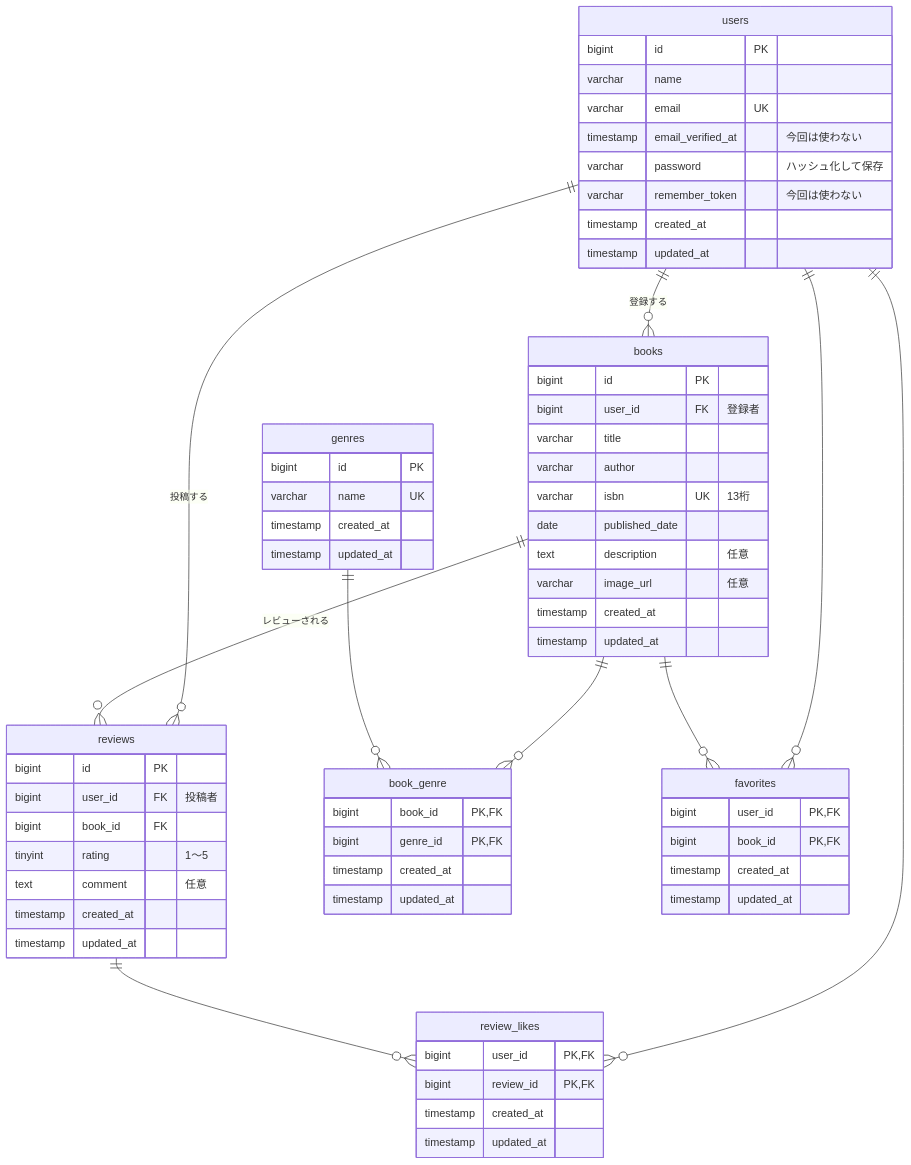
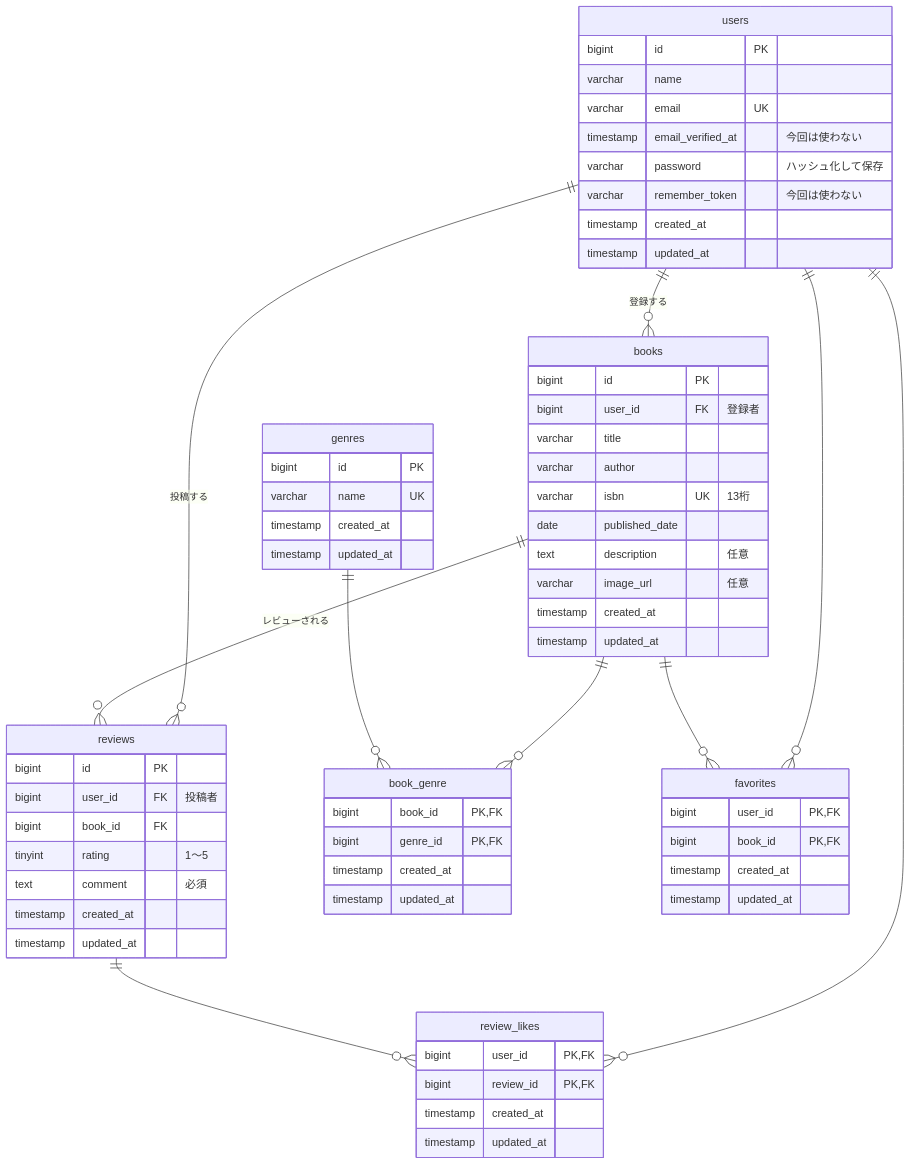
The diagram in docs/er-diagram.md (miyori-knzk/bookshelf-app), drawn with Mermaid before and after one commit. The commit also changed 14 other files, not shown here.

````diff
--- a/docs/er-diagram.md
+++ b/docs/er-diagram.md
@@ -12,74 +12,74 @@
 ```mermaid
 erDiagram
     users ||--o{ books : "登録する"
     users ||--o{ reviews : "投稿する"
     books ||--o{ reviews : "レビューされる"
     books ||--o{ book_genre : ""
     genres ||--o{ book_genre : ""
     users ||--o{ favorites : ""
     books ||--o{ favorites : ""
     users ||--o{ review_likes : ""
     reviews ||--o{ review_likes : ""
 
     users {
         bigint id PK
         varchar name
         varchar email UK
         timestamp email_verified_at "今回は使わない"
         varchar password "ハッシュ化して保存"
         varchar remember_token "今回は使わない"
         timestamp created_at
         timestamp updated_at
     }
 
     books {
         bigint id PK
         bigint user_id FK "登録者"
         varchar title
         varchar author
         varchar isbn UK "13桁"
         date published_date
         text description "任意"
         varchar image_url "任意"
         timestamp created_at
         timestamp updated_at
     }
 
     genres {
         bigint id PK
         varchar name UK
         timestamp created_at
         timestamp updated_at
     }
 
     book_genre {
         bigint book_id PK,FK
         bigint genre_id PK,FK
         timestamp created_at
         timestamp updated_at
     }
 
     reviews {
         bigint id PK
         bigint user_id FK "投稿者"
         bigint book_id FK
         tinyint rating "1〜5"
-        text comment "任意"
+        text comment "必須"
         timestamp created_at
         timestamp updated_at
     }
 
     favorites {
         bigint user_id PK,FK
         bigint book_id PK,FK
         timestamp created_at
         timestamp updated_at
     }
 
     review_likes {
         bigint user_id PK,FK
         bigint review_id PK,FK
         timestamp created_at
         timestamp updated_at
     }
 ```
````
